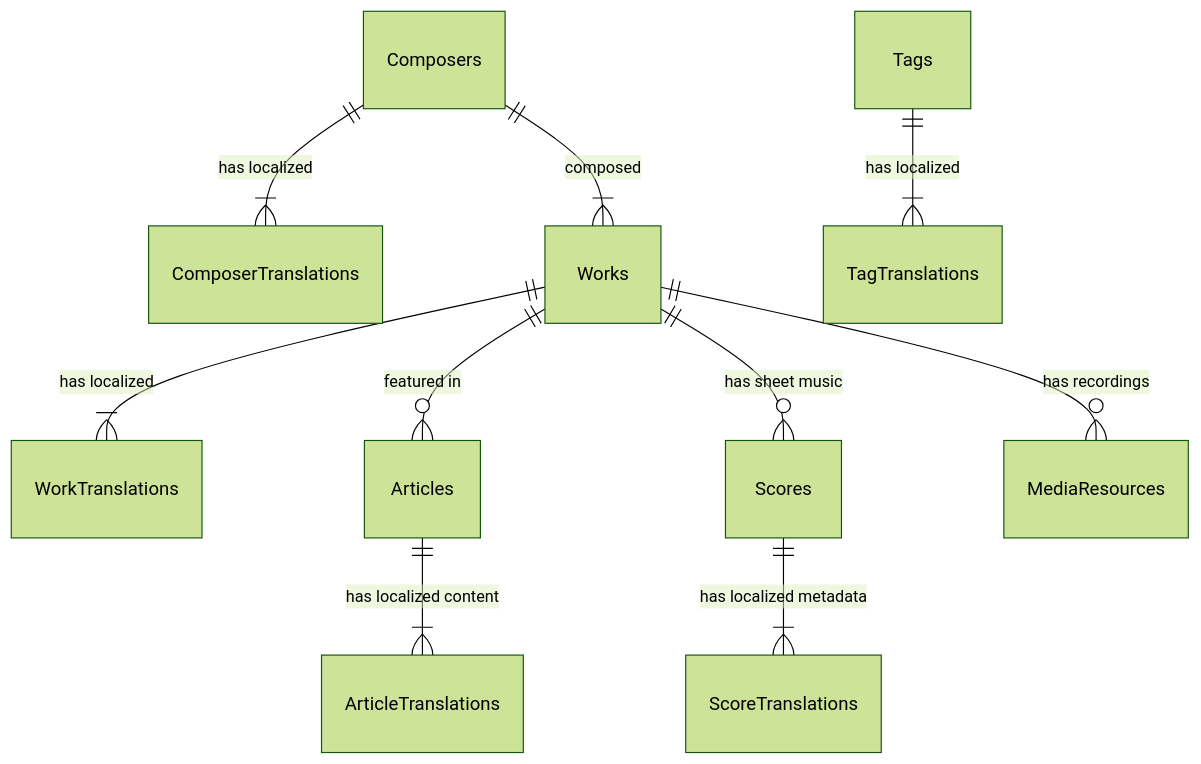
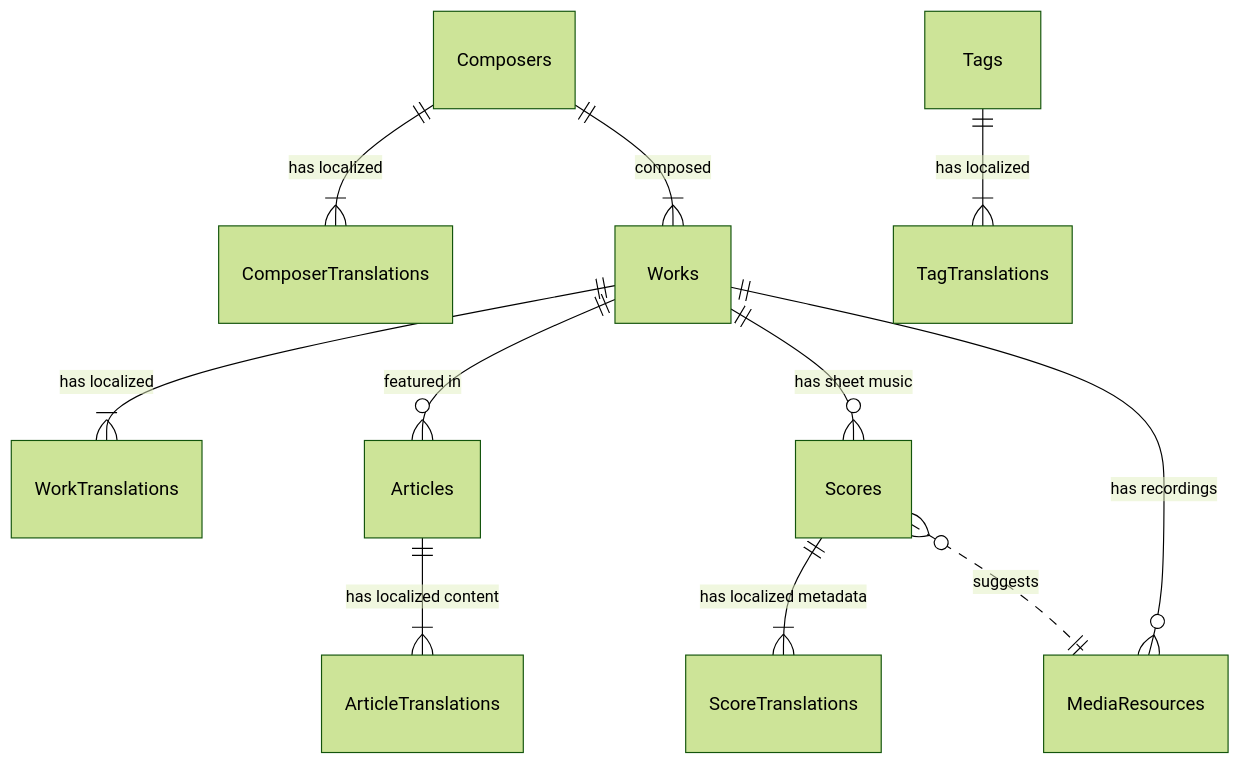
The diagram in docs/05_design/database-schema.md (preludio-lab/preludio-lab), drawn with Mermaid (forest theme) before and after one commit. The commit also changed other lines of this file, not shown here.

````diff
--- a/docs/05_design/database-schema.md
+++ b/docs/05_design/database-schema.md
@@ -27,19 +27,20 @@
 ```mermaid
 erDiagram
     %% Masters (Reference)
     Composers ||--|{ ComposerTranslations : "has localized"
     Composers ||--|{ Works : "composed"
     Works ||--|{ WorkTranslations : "has localized"
     
     %% Application Core (Zero-JOIN)
     Works ||--o{ Articles : "featured in"
     Articles ||--|{ ArticleTranslations : "has localized content"
     
     %% Shared Assets
     Works ||--o{ Scores : "has sheet music"
     Scores ||--|{ ScoreTranslations : "has localized metadata"
+    Scores }o..|| MediaResources : "suggests"
     Works ||--o{ MediaResources : "has recordings"
 
     %% Taxonomy
     Tags ||--|{ TagTranslations : "has localized"
 ```
````
